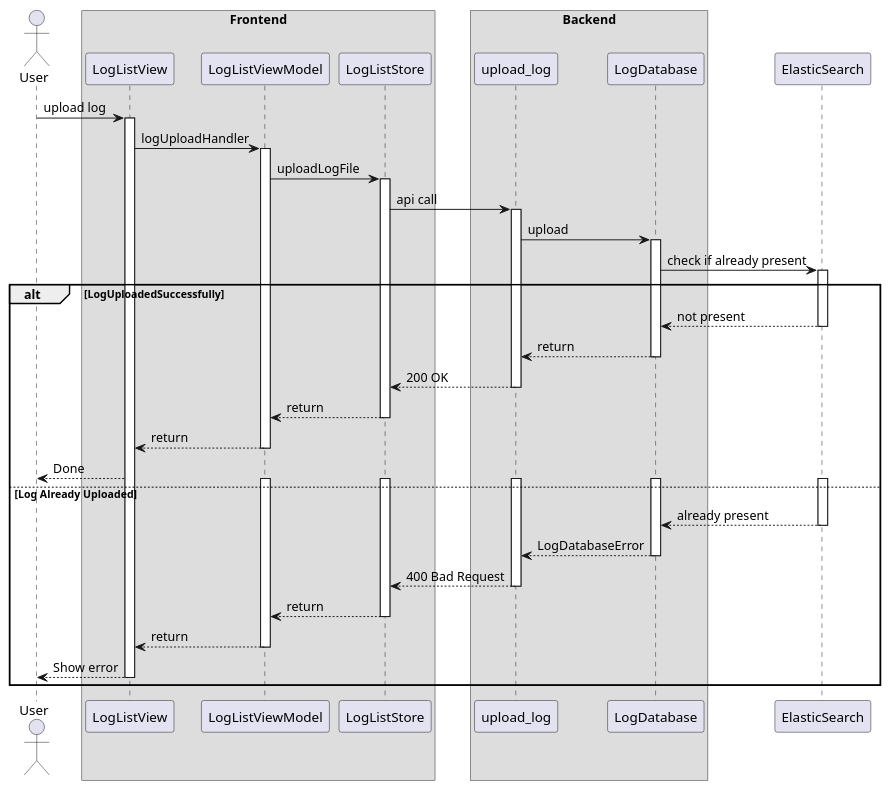
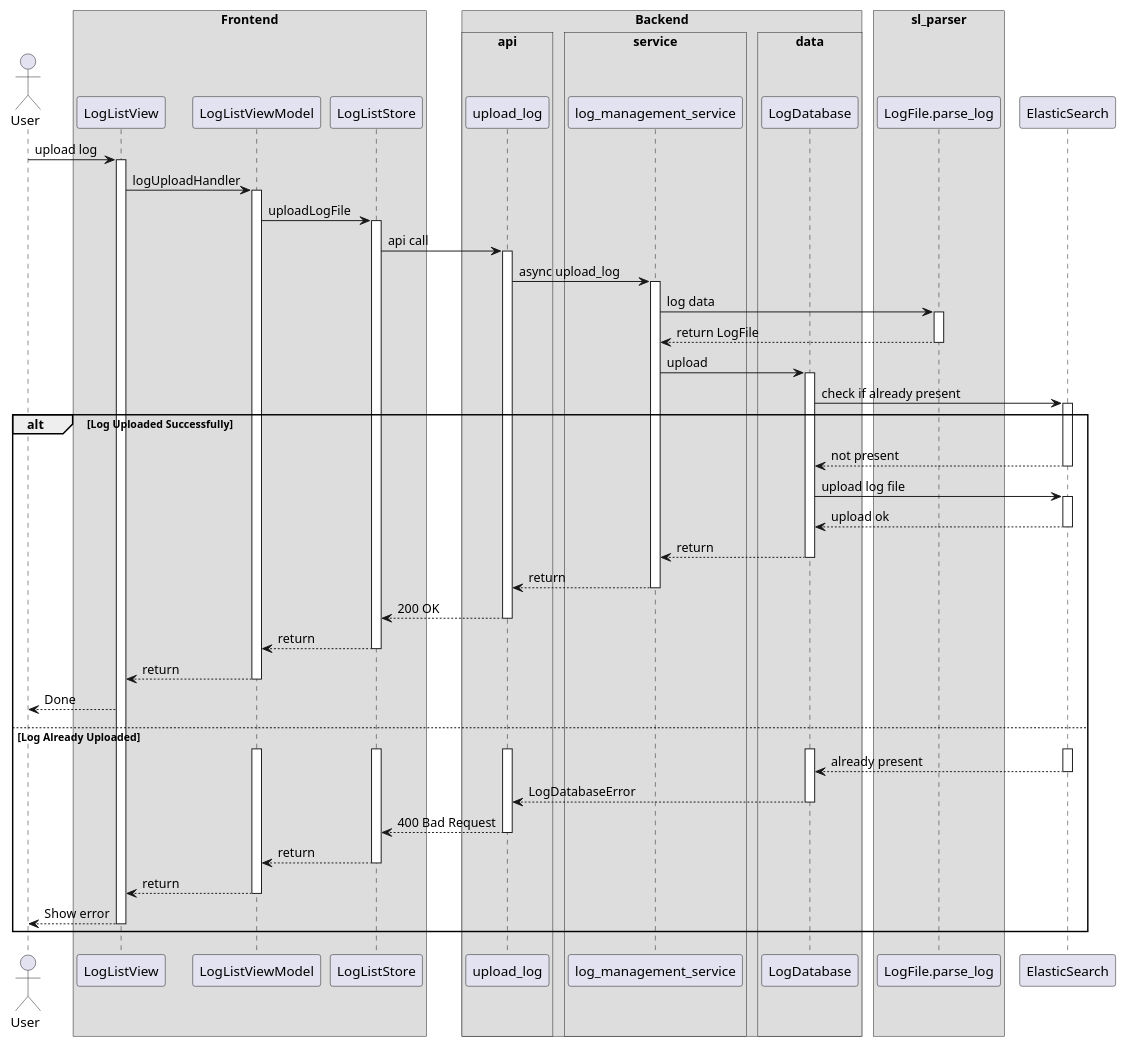
The ninth of 13 diagrams in allegato_tecnico.md (sevenelevendevunipd/docs), drawn with PlantUML before and after one commit. The commit also changed other lines of this file and 1 other file, not shown here.

````diff
--- a/allegato_tecnico.md
+++ b/allegato_tecnico.md
@@ -727,5 +760,6 @@
 ```{ .plantuml caption="Diagramma S1"}
 @startuml
+!pragma teoz true
 actor User
 
 box Frontend
@@ -735,8 +769,18 @@
 end box
 
 box Backend
+box api
 participant upload_log
+end box
+box service
+participant log_management_service
+end box
+box data
 participant LogDatabase
+end box
+end box
+box sl_parser
+participant LogFile.parse_log
 end box
 
 participant ElasticSearch
@@ -749,17 +793,29 @@
 activate LogListStore
 LogListStore -> upload_log: api call
 activate upload_log
-upload_log -> LogDatabase: upload
+upload_log -> log_management_service: async upload_log
+activate log_management_service
+log_management_service -> LogFile.parse_log: log data
+activate LogFile.parse_log
+log_management_service <-- LogFile.parse_log: return LogFile
+deactivate LogFile.parse_log
+log_management_service -> LogDatabase: upload
 activate LogDatabase
 LogDatabase -> ElasticSearch: check if already present
+activate ElasticSearch
 
-alt LogUploadedSuccessfully
+alt Log Uploaded Successfully
   
-  activate ElasticSearch
   LogDatabase <-- ElasticSearch: not present
   deactivate ElasticSearch
-  upload_log <-- LogDatabase: return
+  LogDatabase -> ElasticSearch: upload log file
+  activate ElasticSearch
+  LogDatabase <-- ElasticSearch: upload ok
+  deactivate ElasticSearch
+  log_management_service <-- LogDatabase: return
   deactivate LogDatabase
+  upload_log <-- log_management_service: return
+  deactivate log_management_service
   LogListStore <-- upload_log: 200 OK
   deactivate upload_log
   LogListViewModel <-- LogListStore: return
````
